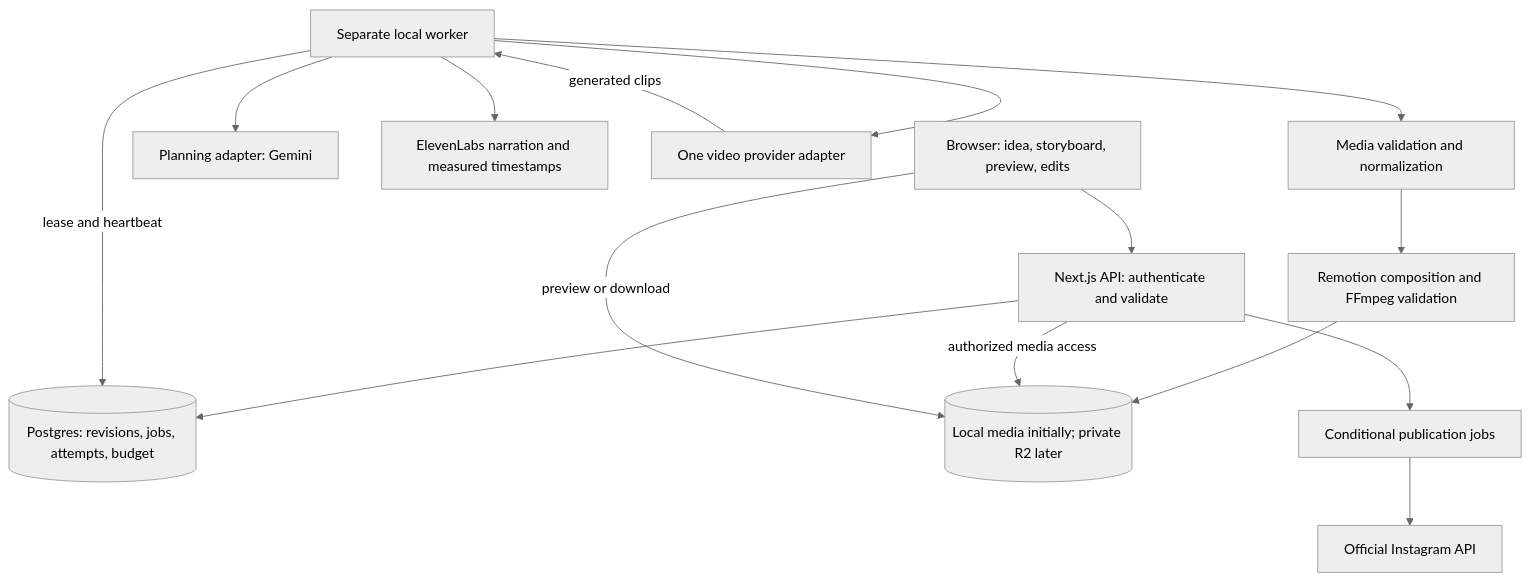
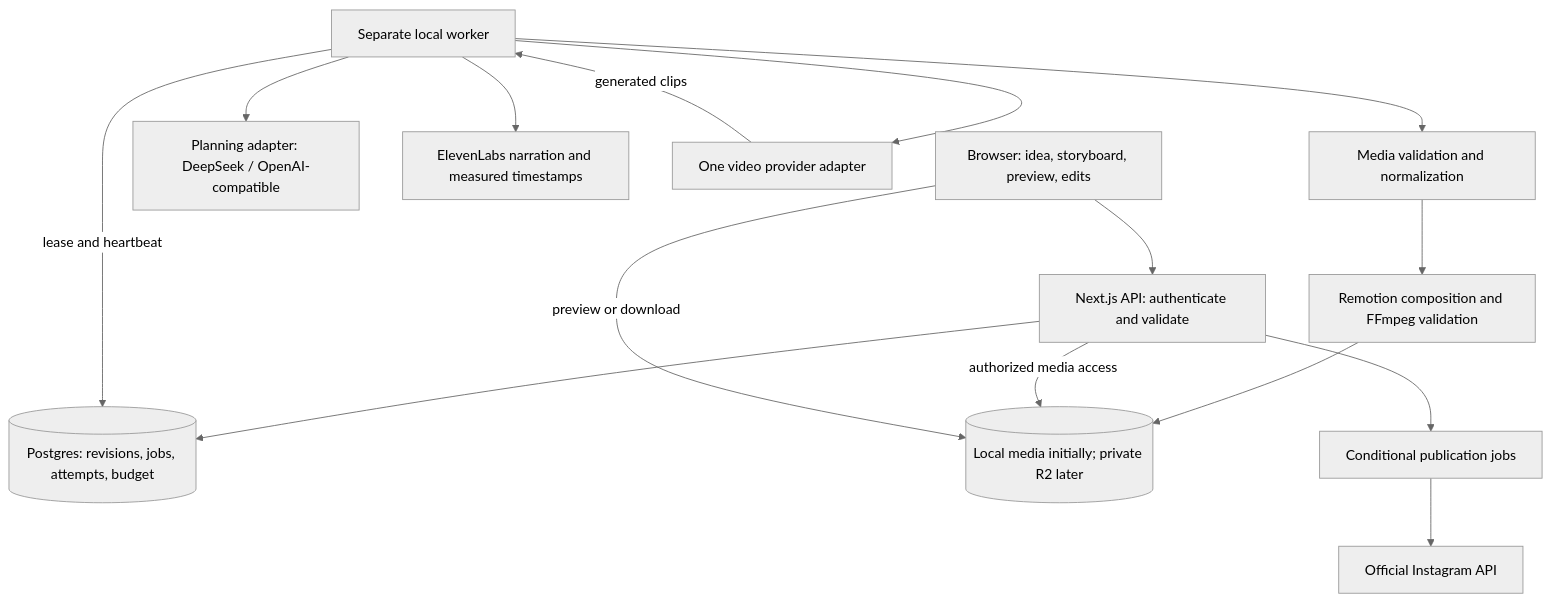
One commit to Summi51/Vydrivo changed the diagram in docs/PIPELINE-TECHNICAL-DESIGN.md. Above: the diagram before and after it, drawn with Mermaid (neutral theme). The commit also changed other lines of this file and 33 other files, not shown here.

````diff
--- a/docs/PIPELINE-TECHNICAL-DESIGN.md
+++ b/docs/PIPELINE-TECHNICAL-DESIGN.md
@@ -23,17 +23,17 @@
 ```mermaid
 flowchart TD
     U[Browser: idea, storyboard, preview, edits] --> A[Next.js API: authenticate and validate]
     A --> D[(Postgres: revisions, jobs, attempts, budget)]
     W[Separate local worker] -->|lease and heartbeat| D
-    W --> P[Planning adapter: Gemini]
+    W --> P[Planning adapter: DeepSeek / OpenAI-compatible]
     W --> T[ElevenLabs narration and measured timestamps]
     W --> V[One video provider adapter]
     V -->|generated clips| W
     W --> M[Media validation and normalization]
     M --> R[Remotion composition and FFmpeg validation]
     R --> S[(Local media initially; private R2 later)]
     A -->|authorized media access| S
     U -->|preview or download| S
     A --> J[Conditional publication jobs]
     J --> I[Official Instagram API]
 ```
````
